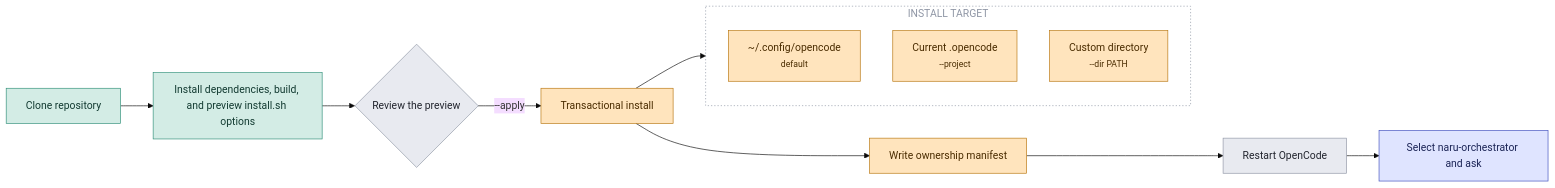
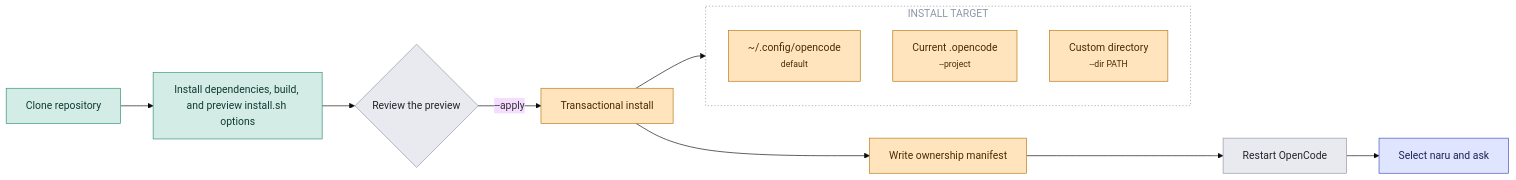
One commit to sean35mm/naru-opencode changed the diagram in docs/src/content/docs/getting-started/installation.md. Above: the diagram before and after it, drawn with Mermaid (base theme). The commit also changed other lines of this file and 27 other files, not shown here.

First line of the commit message:
feat: rename naru-orchestrator agent to naru

````diff
--- a/docs/src/content/docs/getting-started/installation.md
+++ b/docs/src/content/docs/getting-started/installation.md
@@ -47,29 +47,29 @@
 ```mermaid
 flowchart LR
   A["Clone repository"]:::read
   B["Install dependencies, build, and preview install.sh options"]:::read
   C{"Review the preview"}:::gate
   D["Transactional install"]:::write
   I["Write ownership manifest"]:::write
   J["Restart OpenCode"]:::gate
-  K["Select naru-orchestrator and ask"]:::entry
+  K["Select naru and ask"]:::entry
 
   subgraph targets["INSTALL TARGET"]
     direction TB
     F["~/.config/opencode<br/><small>default</small>"]:::write
     G["Current .opencode<br/><small>--project</small>"]:::write
     H["Custom directory<br/><small>--dir PATH</small>"]:::write
   end
 
   A --> B --> C
   C -->|"--apply"| D
   D --> targets
   D --> I --> J --> K
 
   style targets fill:none,stroke:#8f96a5,stroke-dasharray:2 3,color:#8f96a5
 
   classDef entry fill:#dfe4ff,stroke:#3f4fbe,color:#1b2456
   classDef read fill:#d3ece5,stroke:#2f8f78,color:#123a31
   classDef write fill:#ffe4bd,stroke:#b8760f,color:#4a2c00
   classDef gate fill:#e8eaf0,stroke:#8f96a5,color:#22252e
 ```
````
